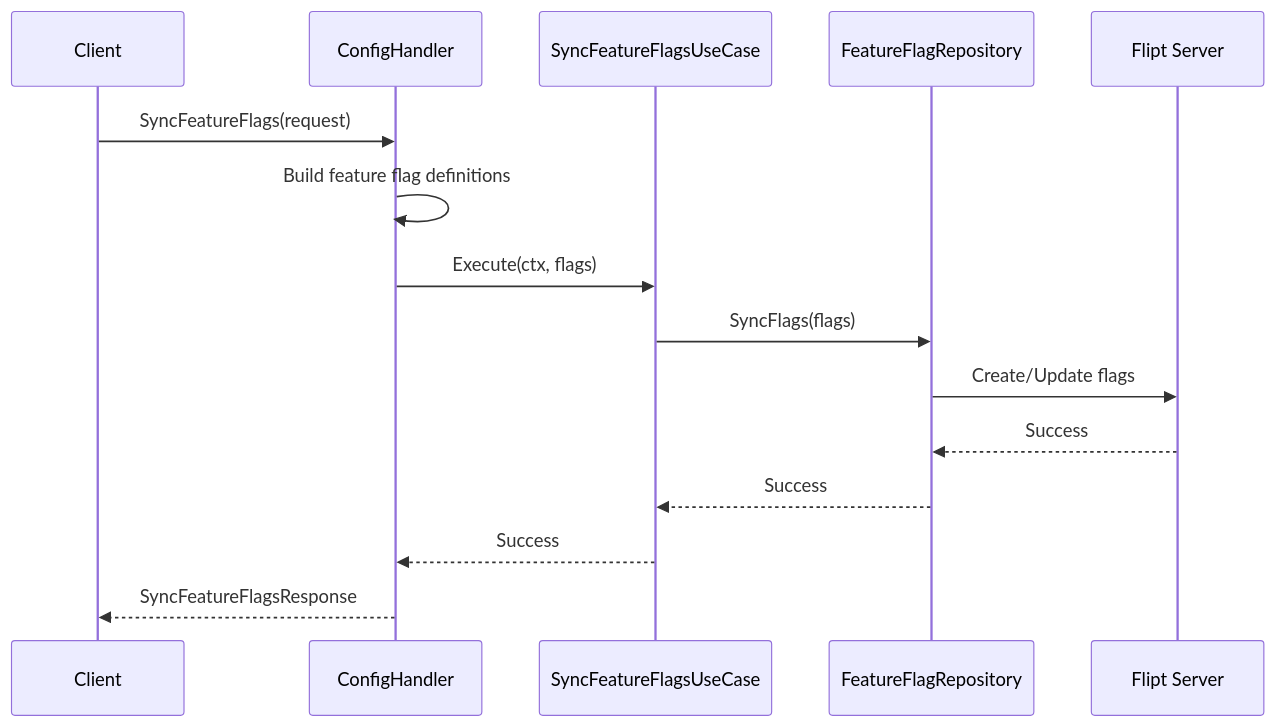
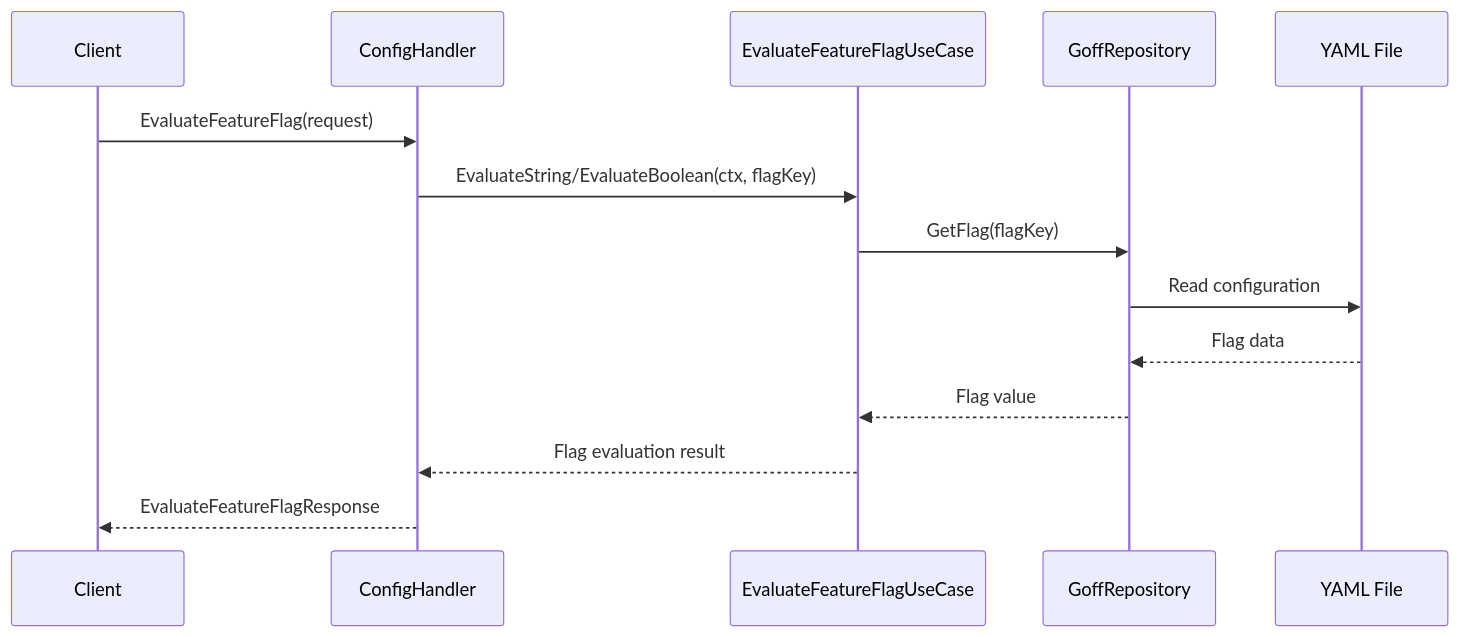
The sixth of 11 diagrams in src/go_api/README.md (josnelihurt/learning-cuda), drawn with Mermaid before and after one commit. The commit also changed other lines of this file and 90 other files, not shown here.

````diff
--- a/src/go_api/README.md
+++ b/src/go_api/README.md
@@ -377,18 +409,17 @@
 ```mermaid
 sequenceDiagram
     participant Client as Client
     participant Handler as ConfigHandler
-    participant SyncUC as SyncFeatureFlagsUseCase
-    participant FFRepo as FeatureFlagRepository
-    participant Flipt as Flipt Server
+    participant EvalUC as EvaluateFeatureFlagUseCase
+    participant GoffRepo as GoffRepository
+    participant YAML as YAML File
     
-    Client->>Handler: SyncFeatureFlags(request)
-    Handler->>Handler: Build feature flag definitions
-    Handler->>SyncUC: Execute(ctx, flags)
-    SyncUC->>FFRepo: SyncFlags(flags)
-    FFRepo->>Flipt: Create/Update flags
-    Flipt-->>FFRepo: Success
-    FFRepo-->>SyncUC: Success
-    SyncUC-->>Handler: Success
-    Handler-->>Client: SyncFeatureFlagsResponse
+    Client->>Handler: EvaluateFeatureFlag(request)
+    Handler->>EvalUC: EvaluateString/EvaluateBoolean(ctx, flagKey)
+    EvalUC->>GoffRepo: GetFlag(flagKey)
+    GoffRepo->>YAML: Read configuration
+    YAML-->>GoffRepo: Flag data
+    GoffRepo-->>EvalUC: Flag value
+    EvalUC-->>Handler: Flag evaluation result
+    Handler-->>Client: EvaluateFeatureFlagResponse
 ```
````
